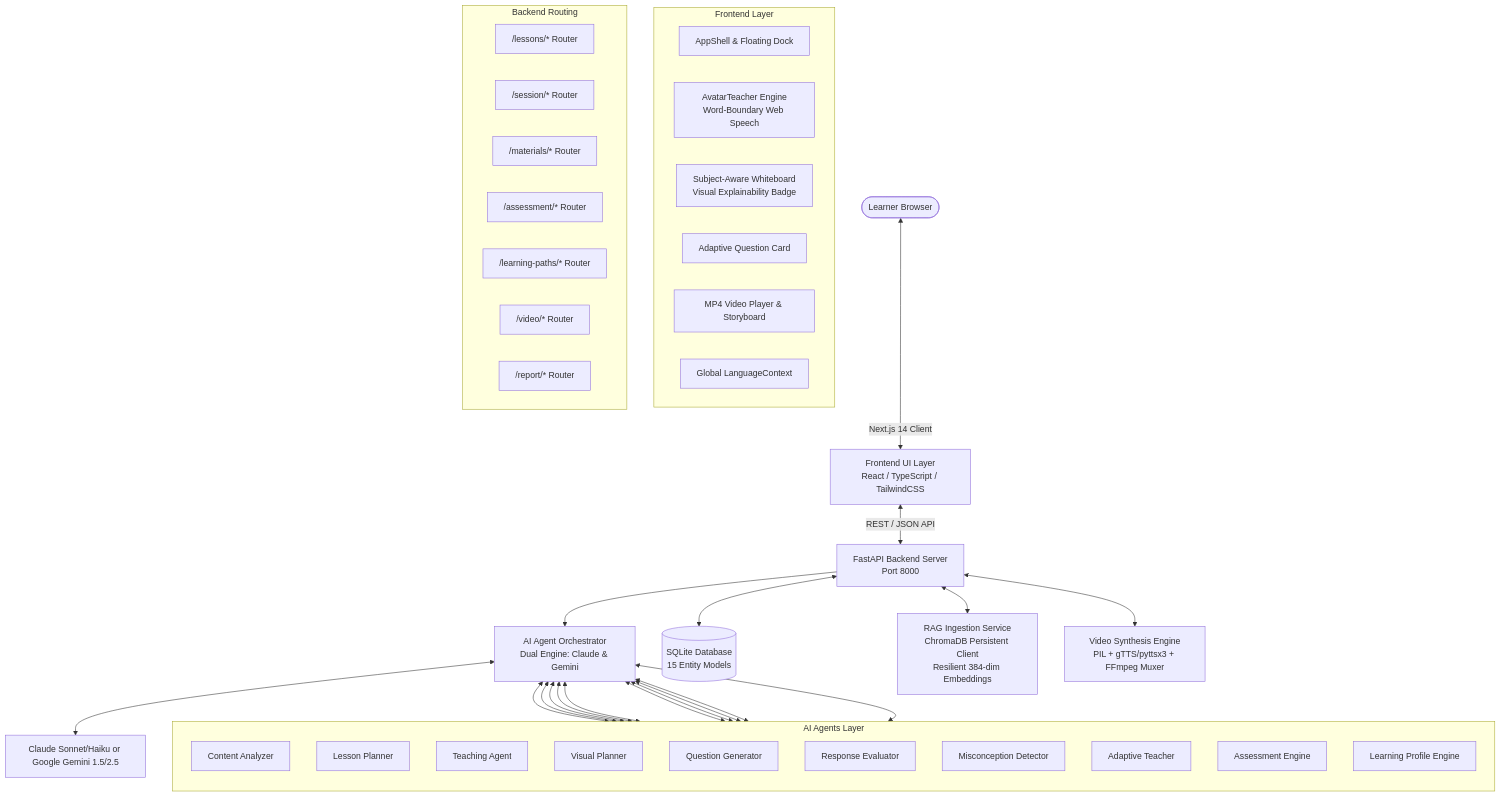
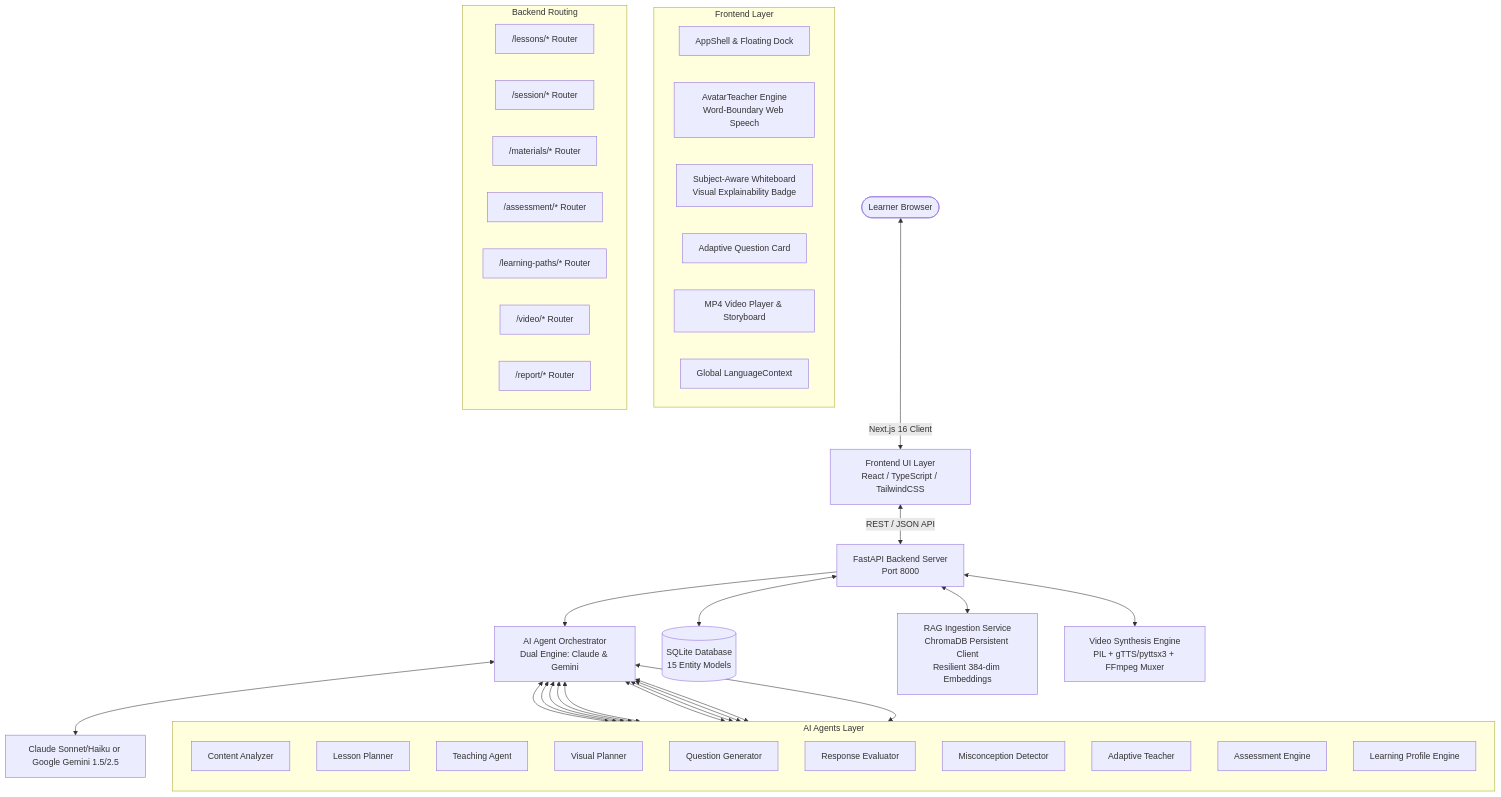
Before and after one commit to gintama1018/ML-HACKATHON-2-LEVEL-ASSIGNMENT: the diagram in README.md, drawn with Mermaid. The commit also changed other lines of this file, not shown here.

Commit message:
docs: polish README.md test commands and Next.js 16 version alignment

````diff
--- a/README.md
+++ b/README.md
@@ -96,57 +96,57 @@
 ```mermaid
 flowchart TD
-    User([Learner Browser]) <-->|Next.js 14 Client| Frontend[Frontend UI Layer<br/>React / TypeScript / TailwindCSS]
+    User([Learner Browser]) <-->|Next.js 16 Client| Frontend[Frontend UI Layer<br/>React / TypeScript / TailwindCSS]
     
     subgraph Frontend Layer
         AppShell[AppShell & Floating Dock]
         Avatar[AvatarTeacher Engine<br/>Word-Boundary Web Speech]
         WB[Subject-Aware Whiteboard<br/>Visual Explainability Badge]
         Card[Adaptive Question Card]
         Player[MP4 Video Player & Storyboard]
         I18n[Global LanguageContext]
     end
 
     Frontend <-->|REST / JSON API| Backend[FastAPI Backend Server<br/>Port 8000]
 
     subgraph Backend Routing
         R_Lessons["/lessons/* Router"]
         R_Sessions["/session/* Router"]
         R_Materials["/materials/* Router"]
         R_Assessment["/assessment/* Router"]
         R_Paths["/learning-paths/* Router"]
         R_Video["/video/* Router"]
         R_Report["/report/* Router"]
     end
 
     Backend --> AgentOrch[AI Agent Orchestrator<br/>Dual Engine: Claude & Gemini]
 
     subgraph AI Agents Layer
         direction TB
         A1[Content Analyzer]
         A2[Lesson Planner]
         A3[Teaching Agent]
         A4[Visual Planner]
         A5[Question Generator]
         A6[Response Evaluator]
         A7[Misconception Detector]
         A8[Adaptive Teacher]
         A9[Assessment Engine]
         A10[Learning Profile Engine]
     end
 
     AgentOrch <--> A1
     AgentOrch <--> A2
     AgentOrch <--> A3
     AgentOrch <--> A4
     AgentOrch <--> A5
     AgentOrch <--> A6
     AgentOrch <--> A7
     AgentOrch <--> A8
     AgentOrch <--> A9
     AgentOrch <--> A10
 
     AgentOrch <--> LLM[Claude Sonnet/Haiku or Google Gemini 1.5/2.5]
     Backend <--> SQLite[(SQLite Database<br/>15 Entity Models)]
     Backend <--> RAG[RAG Ingestion Service<br/>ChromaDB Persistent Client<br/>Resilient 384-dim Embeddings]
     Backend <--> VideoGen[Video Synthesis Engine<br/>PIL + gTTS/pyttsx3 + FFmpeg Muxer]
 ```
````
